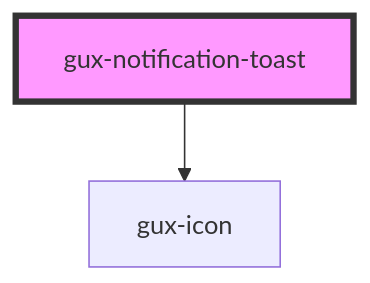
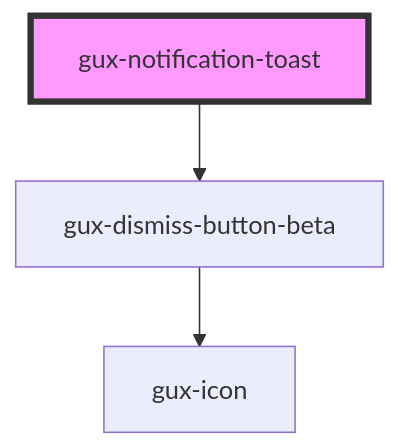
The diagram in src/components/stable/gux-notification-toast/readme.md (MyPureCloud/genesys-spark), drawn with Mermaid before and after one commit. The commit also changed other lines of this file and 61 other files, not shown here.

First line of the commit message:
refactor(dismiss-button): added gux dismiss button to notification toast and simple toast

````diff
--- a/src/components/stable/gux-notification-toast/readme.md
+++ b/src/components/stable/gux-notification-toast/readme.md
@@ -36,5 +36,6 @@
 ```mermaid
 graph TD;
-  gux-notification-toast --> gux-icon
+  gux-notification-toast --> gux-dismiss-button-beta
+  gux-dismiss-button-beta --> gux-icon
   style gux-notification-toast fill:#f9f,stroke:#333,stroke-width:4px
 ```
````
